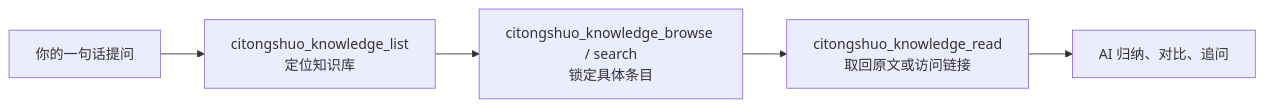
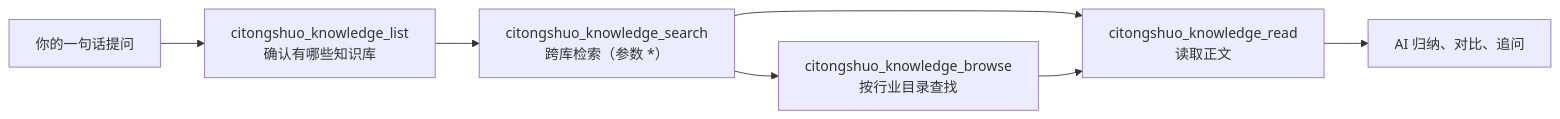
One commit to duhanjun/citongshuo.github.io changed the diagram in _posts/2026-10-05-刺桐说金融知识MCP服务正式上线.md. Above: the diagram before and after it, drawn with Mermaid. The commit also changed other lines of this file, not shown here.

````diff
--- a/_posts/2026-10-05-刺桐说金融知识MCP服务正式上线.md
+++ b/_posts/2026-10-05-刺桐说金融知识MCP服务正式上线.md
@@ -62,7 +79,9 @@
 ```mermaid
 flowchart LR
-    A["你的一句话提问"] --> B["citongshuo_knowledge_list<br/>定位知识库"]
-    B --> C["citongshuo_knowledge_browse / search<br/>锁定具体条目"]
-    C --> D["citongshuo_knowledge_read<br/>取回原文或访问链接"]
-    D --> E["AI 归纳、对比、追问"]
+    A["你的一句话提问"] --> B["citongshuo_knowledge_list<br/>确认有哪些知识库"]
+    B --> C["citongshuo_knowledge_search<br/>跨库检索（参数 *）"]
+    C --> D["citongshuo_knowledge_browse<br/>按行业目录查找"]
+    C --> E["citongshuo_knowledge_read<br/>读取正文"]
+    D --> E
+    E --> F["AI 归纳、对比、追问"]
 ```
````
